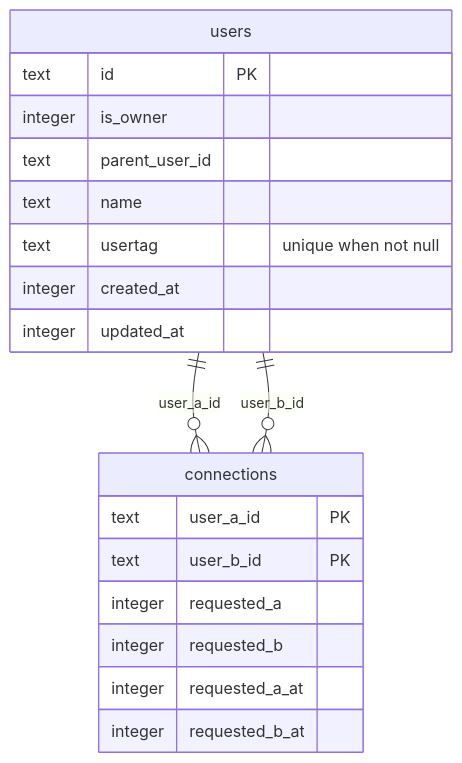
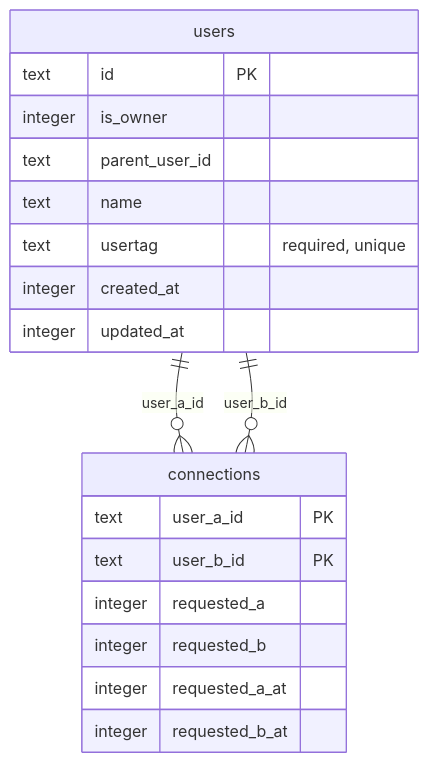
Before and after one commit to ex3ndr/daycare: the first of 5 diagrams in doc/friends.md, drawn with Mermaid. The commit also changed other lines of this file and 8 other files, not shown here.

````diff
--- a/doc/friends.md
+++ b/doc/friends.md
@@ -17,24 +17,24 @@
 ```mermaid
 erDiagram
     users ||--o{ connections : "user_a_id"
     users ||--o{ connections : "user_b_id"
 
     users {
         text id PK
         integer is_owner
         text parent_user_id
         text name
-        text usertag "unique when not null"
+        text usertag "required, unique"
         integer created_at
         integer updated_at
     }
 
     connections {
         text user_a_id PK
         text user_b_id PK
         integer requested_a
         integer requested_b
         integer requested_a_at
         integer requested_b_at
     }
 ```
````
